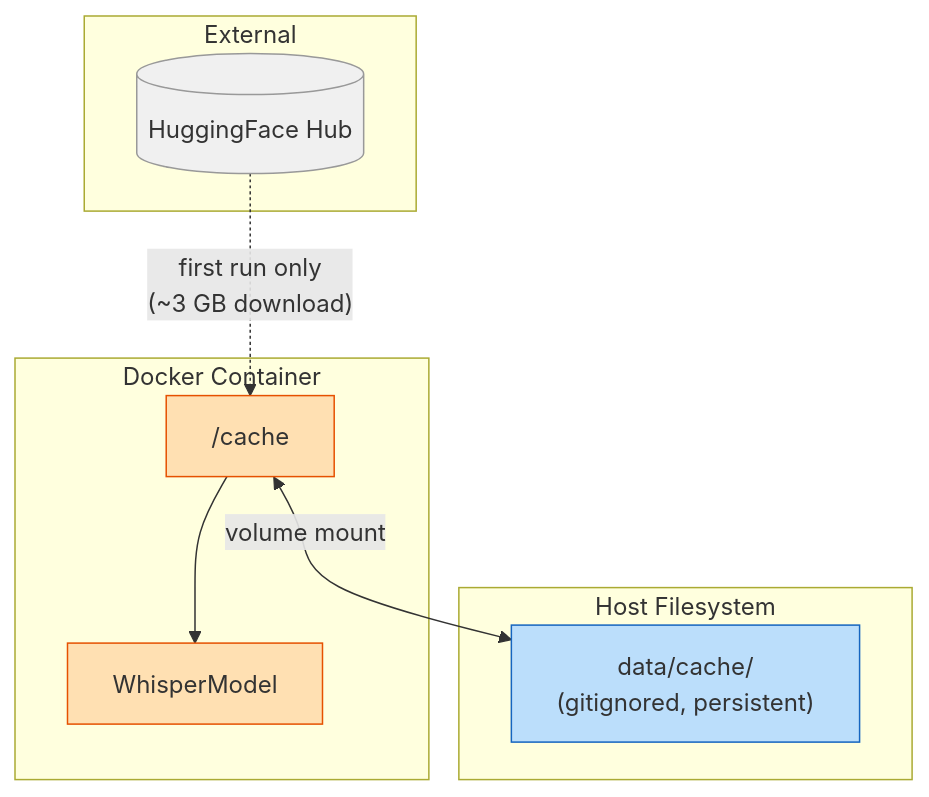
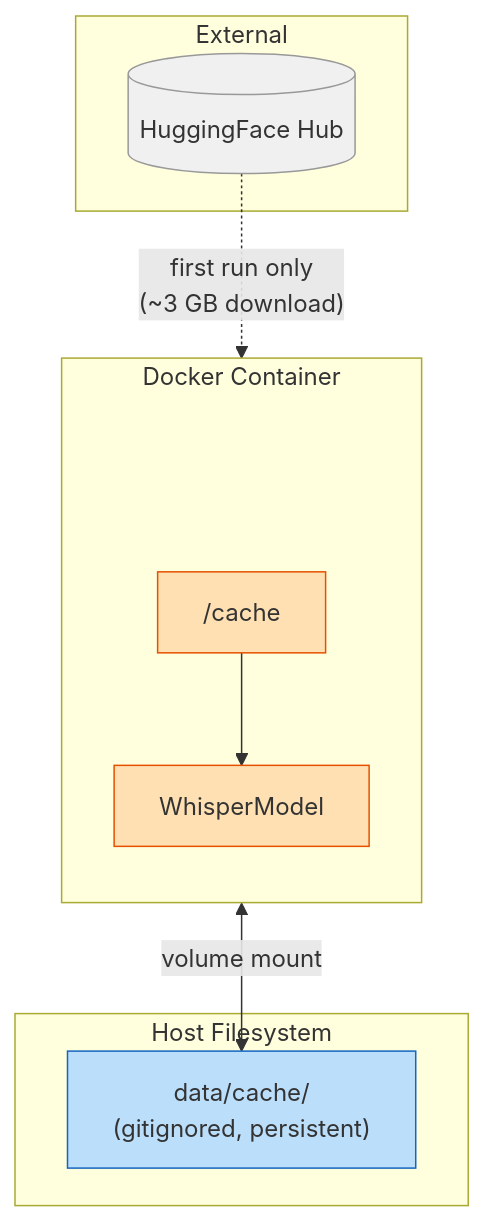
One commit to JohnYanez95/voice-scribe changed the diagram in docs/diagrams/model-caching.mmd. Above: the diagram before and after it, drawn with Mermaid. The commit also changed 2 other files, not shown here.

Commit message:
Fix model caching diagram label overlap with arrow
Add spacer node to push /cache below the Docker Container
subgraph label so the inbound arrow doesn't cross the title.

```diff
--- a/docs/diagrams/model-caching.mmd
+++ b/docs/diagrams/model-caching.mmd
@@ -1,22 +1,26 @@
 flowchart TB
     subgraph External
         HF[("HuggingFace Hub")]
     end
 
     subgraph Container ["Docker Container"]
+        direction TB
+        spacer[" "]
         cache["/cache"]
         model["WhisperModel"]
+        spacer ~~~ cache
         cache --> model
     end
 
     subgraph Host ["Host Filesystem"]
         hostcache["data/cache/<br/>(gitignored, persistent)"]
     end
 
     HF -.->|"first run only<br/>(~3 GB download)"| cache
     cache <-->|"volume mount"| hostcache
 
     style HF fill:#f0f0f0,stroke:#999
     style cache fill:#ffe0b2,stroke:#e65100
     style model fill:#ffe0b2,stroke:#e65100
     style hostcache fill:#bbdefb,stroke:#1565c0
+    style spacer fill:none,stroke:none
```
